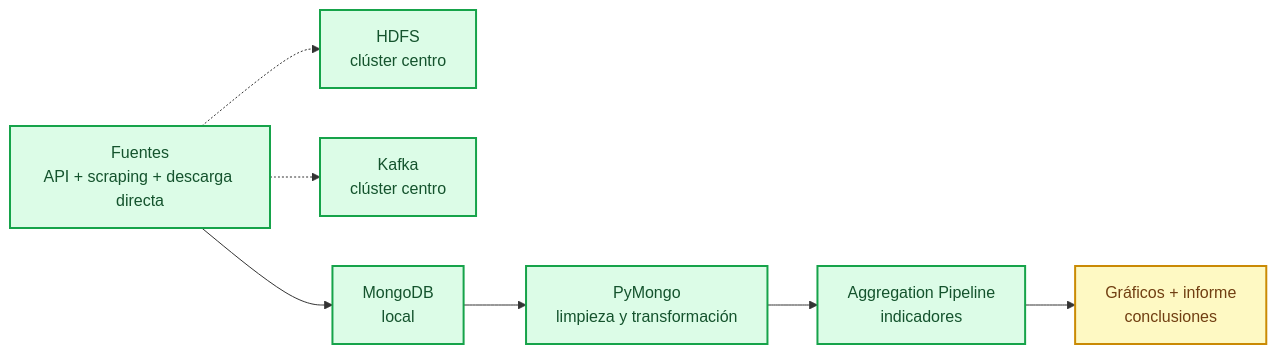
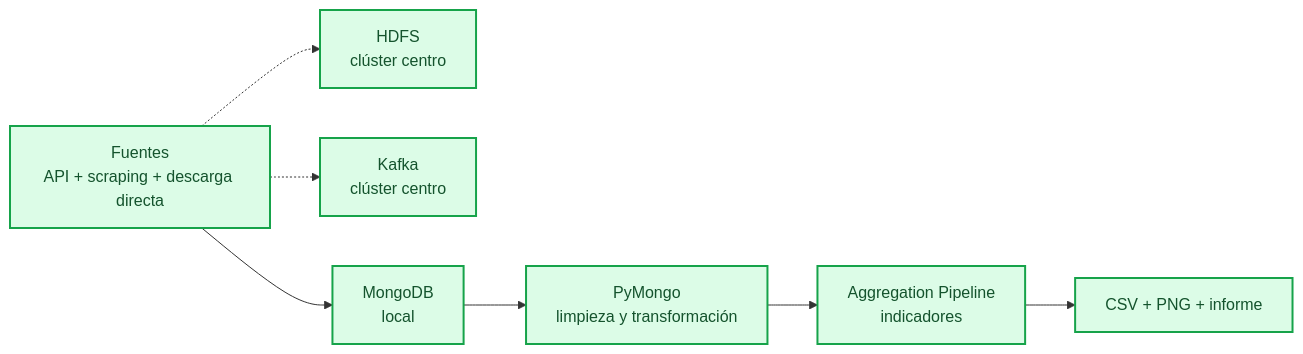
The first of 2 diagrams in README.md (mikelrh-dev/bigdata-vivienda-euskadi), drawn with Mermaid before and after one commit. The commit also changed other lines of this file and 53 other files, not shown here.

````diff
--- a/README.md
+++ b/README.md
@@ -16,25 +79,20 @@
 ```mermaid
 flowchart LR
     accTitle: Pipeline de datos vivienda Euskadi
     accDescr: Flujo de fuentes a resultados: extraccion, HDFS, Kafka, MongoDB, limpieza, agregacion, visualizacion.
 
     src["Fuentes<br/>API + scraping + descarga directa"]
     hdfs["HDFS<br/>clúster centro"]
     kafka["Kafka<br/>clúster centro"]
     mongo["MongoDB<br/>local"]
     clean["PyMongo<br/>limpieza y transformación"]
     agg["Aggregation Pipeline<br/>indicadores"]
-    viz["Gráficos + informe<br/>conclusiones"]
+    viz["CSV + PNG + informe"]
 
     src --> mongo --> clean --> agg --> viz
     src -.-> hdfs
     src -.-> kafka
 
     classDef done fill:#dcfce7,stroke:#16a34a,stroke-width:2px,color:#14532d
-    classDef partial fill:#fef9c3,stroke:#ca8a04,stroke-width:2px,color:#713f12
-    classDef todo fill:#fee2e2,stroke:#dc2626,stroke-width:2px,color:#7f1d1d
-    class src done
-    class hdfs,kafka done
-    class mongo,clean,agg done
-    class viz partial
+    class src,hdfs,kafka,mongo,clean,agg,viz done
 ```
````
